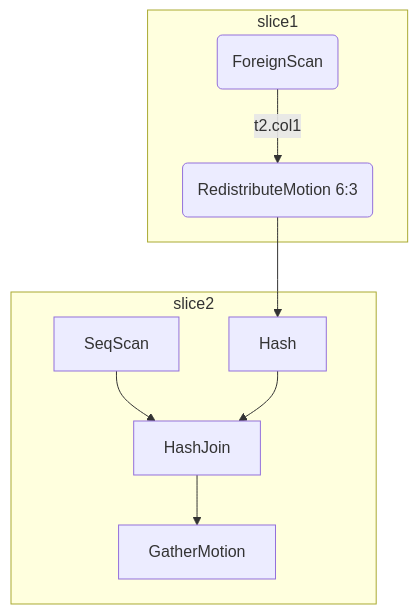
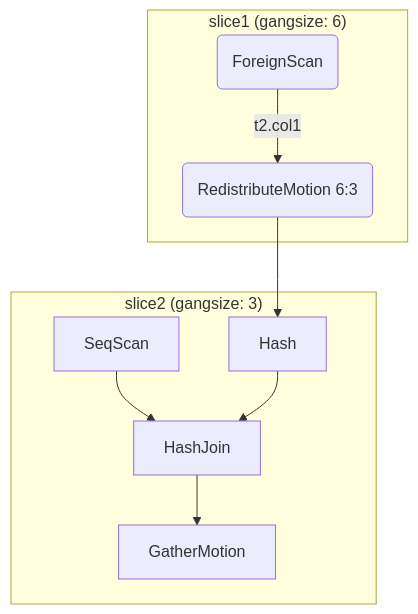
The second of 2 diagrams in _i18n/cn/_posts/2020-05-09-compute-storage.md (pp-qq/pp-qq.github.io), drawn with Mermaid before and after one commit.

```diff
--- a/_i18n/cn/_posts/2020-05-09-compute-storage.md
+++ b/_i18n/cn/_posts/2020-05-09-compute-storage.md
@@ -50,12 +50,12 @@
 {% mermaid %}
 graph TD;
-    subgraph slice1;
+    subgraph "slice1 (gangsize: 6)";
     FS(ForeignScan) --> |t2.col1| RM(RedistributeMotion 6:3);
     end;
-    subgraph slice2;
+    subgraph "slice2 (gangsize: 3)";
     RM --> H[Hash];
     SS[SeqScan] --> HJ[HashJoin];
     H --> HJ;
     HJ --> GM[GatherMotion];
     end;
 {% endmermaid %}
```
